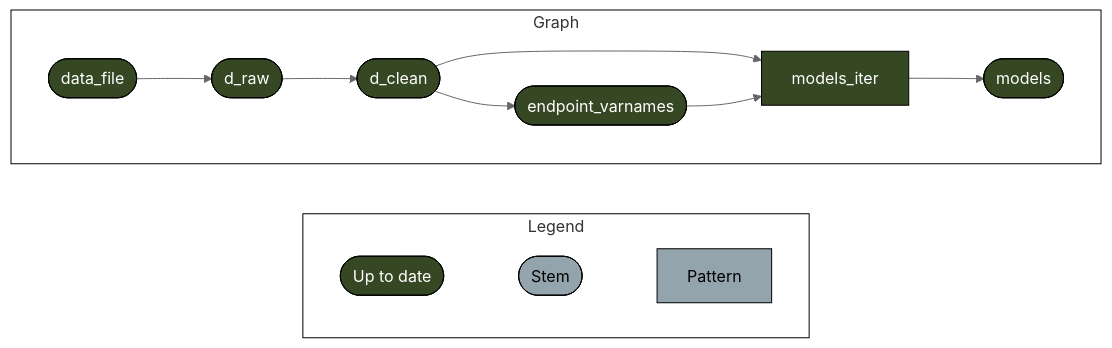
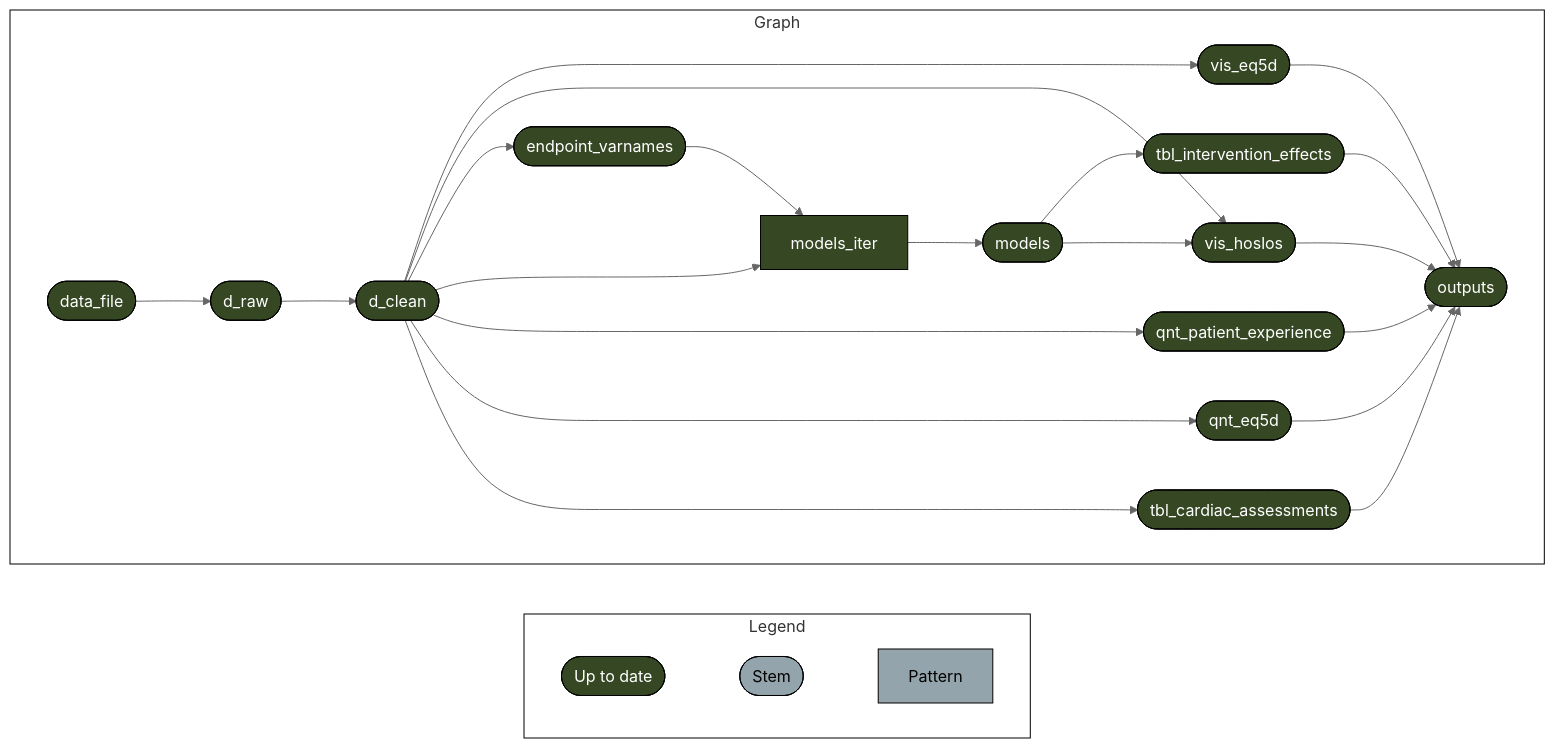
The diagram in README.md (RWParsons/lod-edt), drawn with Mermaid (neutral theme) before and after one commit. The commit also changed 1 other file, not shown here.

````diff
--- a/README.md
+++ b/README.md
@@ -18,23 +18,36 @@
 ``` mermaid
 graph LR
   style Legend fill:#FFFFFF00,stroke:#000000;
   style Graph fill:#FFFFFF00,stroke:#000000;
   subgraph Legend
     direction LR
     xf1522833a4d242c5([""Up to date""]):::uptodate --- xd03d7c7dd2ddda2b([""Stem""]):::none
     xd03d7c7dd2ddda2b([""Stem""]):::none --- x6f7e04ea3427f824[""Pattern""]:::none
   end
   subgraph Graph
     direction LR
     x56afa2603fe1d037(["d_raw"]):::uptodate --> x13b8365dcba4324c(["d_clean"]):::uptodate
     x0d01c84c9424364d(["data_file"]):::uptodate --> x56afa2603fe1d037(["d_raw"]):::uptodate
+    xaca4bed467a54ff1(["models"]):::uptodate --> x1b37a08095af01ef(["tbl_intervention_effects"]):::uptodate
+    x13b8365dcba4324c(["d_clean"]):::uptodate --> xb59898fadcdec69f(["vis_eq5d"]):::uptodate
+    x13b8365dcba4324c(["d_clean"]):::uptodate --> x404e05b222cbda9b(["vis_hoslos"]):::uptodate
+    xaca4bed467a54ff1(["models"]):::uptodate --> x404e05b222cbda9b(["vis_hoslos"]):::uptodate
     x5ba341b1daa1fc45["models_iter"]:::uptodate --> xaca4bed467a54ff1(["models"]):::uptodate
+    x7eeef084d656455c(["qnt_eq5d"]):::uptodate --> xf2656b6bb75dfabe(["outputs"]):::uptodate
+    xd979d4bdf1b06554(["qnt_patient_experience"]):::uptodate --> xf2656b6bb75dfabe(["outputs"]):::uptodate
+    xa2439dbf9eab4d88(["tbl_cardiac_assessments"]):::uptodate --> xf2656b6bb75dfabe(["outputs"]):::uptodate
+    x1b37a08095af01ef(["tbl_intervention_effects"]):::uptodate --> xf2656b6bb75dfabe(["outputs"]):::uptodate
+    xb59898fadcdec69f(["vis_eq5d"]):::uptodate --> xf2656b6bb75dfabe(["outputs"]):::uptodate
+    x404e05b222cbda9b(["vis_hoslos"]):::uptodate --> xf2656b6bb75dfabe(["outputs"]):::uptodate
     x13b8365dcba4324c(["d_clean"]):::uptodate --> x979e976bb4cbf5ad(["endpoint_varnames"]):::uptodate
     x13b8365dcba4324c(["d_clean"]):::uptodate --> x5ba341b1daa1fc45["models_iter"]:::uptodate
     x979e976bb4cbf5ad(["endpoint_varnames"]):::uptodate --> x5ba341b1daa1fc45["models_iter"]:::uptodate
+    x13b8365dcba4324c(["d_clean"]):::uptodate --> xd979d4bdf1b06554(["qnt_patient_experience"]):::uptodate
+    x13b8365dcba4324c(["d_clean"]):::uptodate --> x7eeef084d656455c(["qnt_eq5d"]):::uptodate
+    x13b8365dcba4324c(["d_clean"]):::uptodate --> xa2439dbf9eab4d88(["tbl_cardiac_assessments"]):::uptodate
   end
   classDef uptodate stroke:#000000,color:#ffffff,fill:#354823;
   classDef none stroke:#000000,color:#000000,fill:#94a4ac;
   linkStyle 0 stroke-width:0px;
   linkStyle 1 stroke-width:0px;
 ```
````
